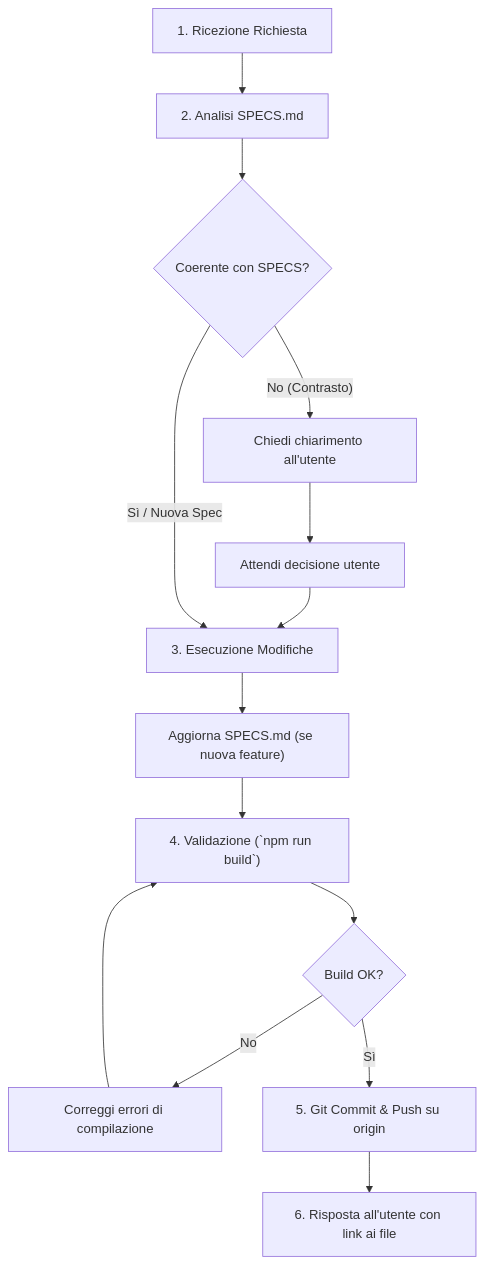
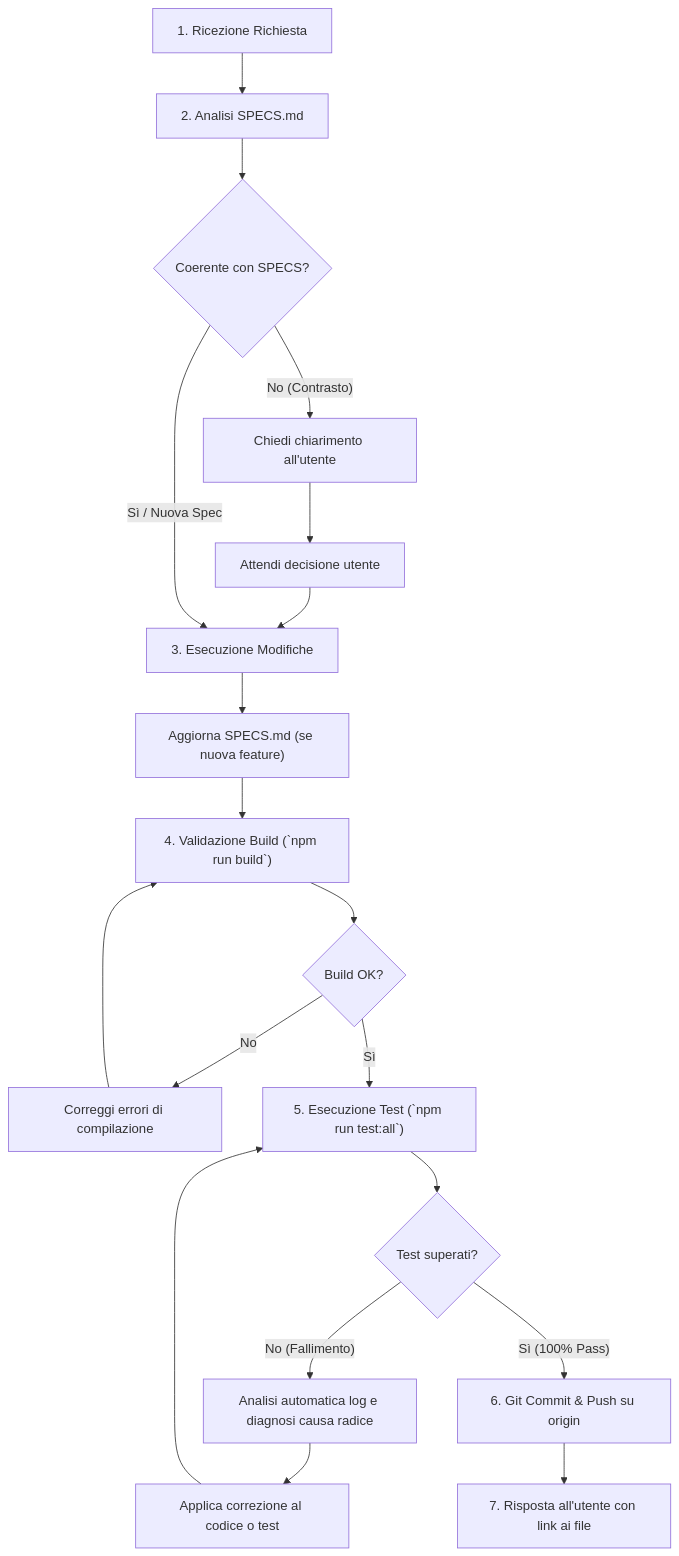
The diagram in AGENTS.md (lucavandro/lscway), drawn with Mermaid before and after one commit. The commit also changed other lines of this file and 27 other files, not shown here.

````diff
--- a/AGENTS.md
+++ b/AGENTS.md
@@ -79,16 +94,21 @@
 ```mermaid
 flowchart TD
     A["1. Ricezione Richiesta"] --> B["2. Analisi SPECS.md"]
     B --> C{"Coerente con SPECS?"}
     C -- "No (Contrasto)" --> D["Chiedi chiarimento all'utente"]
     D --> E["Attendi decisione utente"]
     E --> F["3. Esecuzione Modifiche"]
     C -- "Sì / Nuova Spec" --> F
     F --> G["Aggiorna SPECS.md (se nuova feature)"]
-    G --> H["4. Validazione (`npm run build`)"]
+    G --> H["4. Validazione Build (`npm run build`)"]
     H --> I{"Build OK?"}
     I -- "No" --> J["Correggi errori di compilazione"]
     J --> H
-    I -- "Sì" --> K["5. Git Commit & Push su origin"]
-    K --> L["6. Risposta all'utente con link ai file"]
+    I -- "Sì" --> T["5. Esecuzione Test (`npm run test:all`)"]
+    T --> U{"Test superati?"}
+    U -- "No (Fallimento)" --> V["Analisi automatica log e diagnosi causa radice"]
+    V --> W["Applica correzione al codice o test"]
+    W --> T
+    U -- "Sì (100% Pass)" --> K["6. Git Commit & Push su origin"]
+    K --> L["7. Risposta all'utente con link ai file"]
 ```
````
